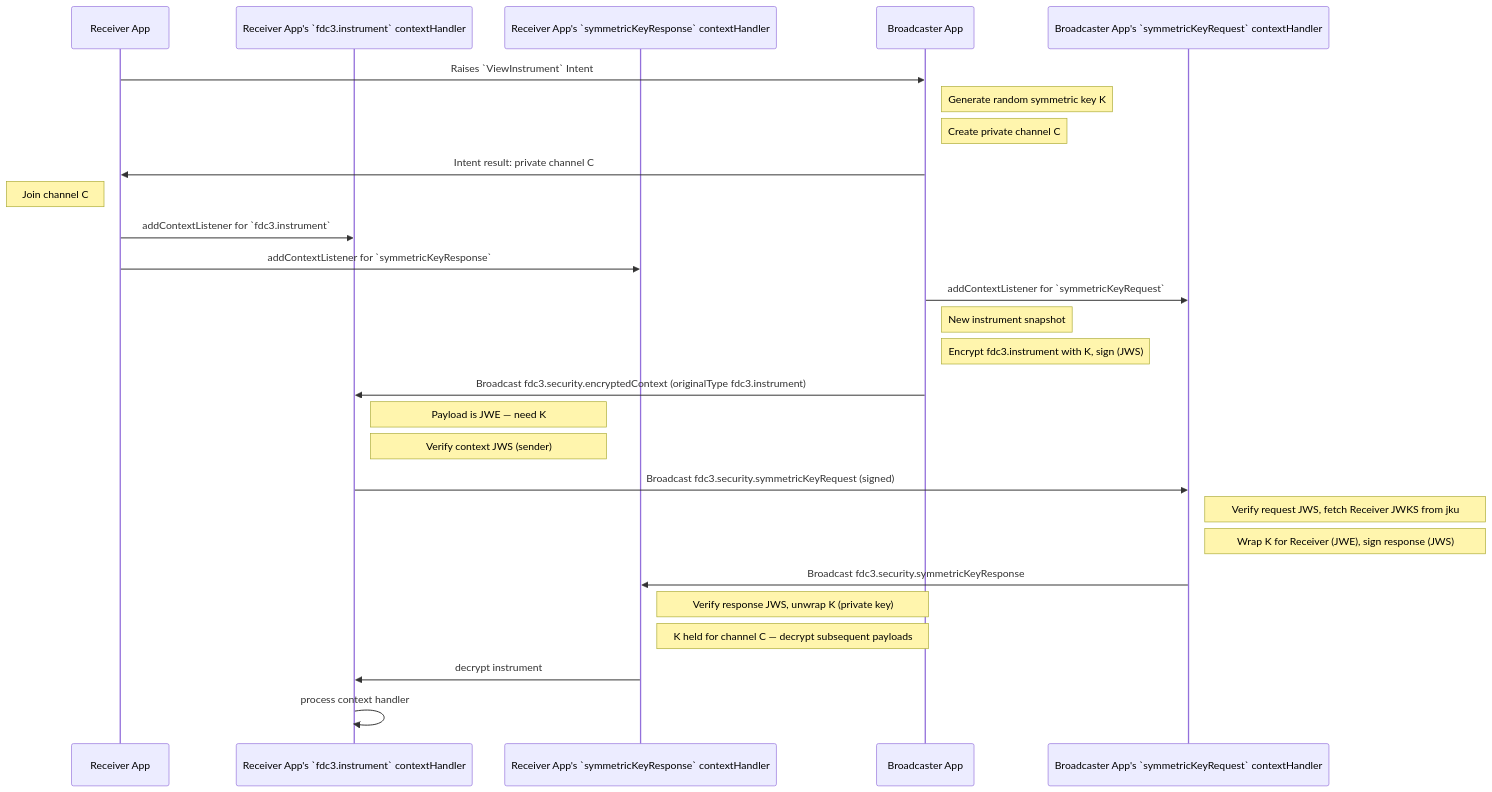
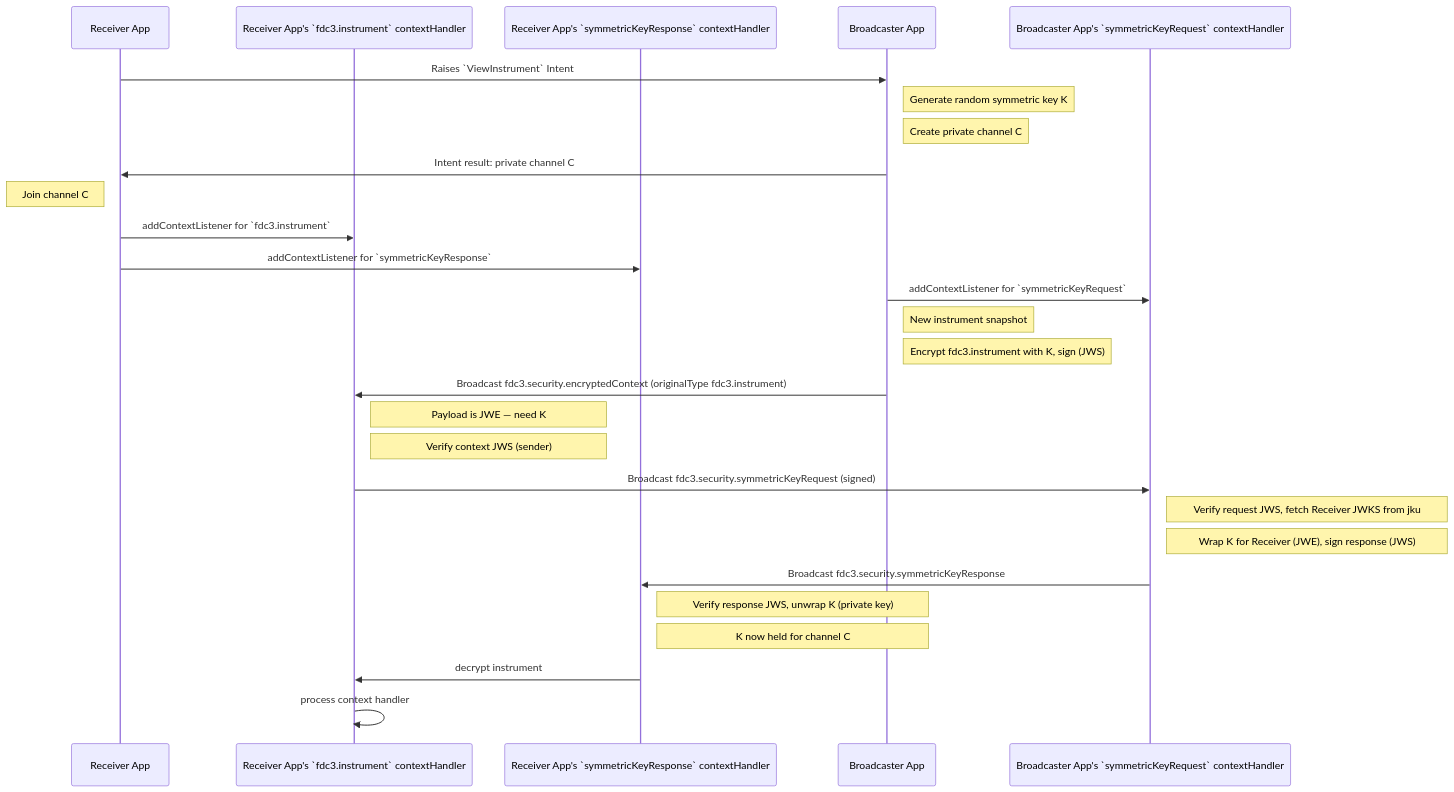
The third of 4 diagrams in website/docs/api/security.md (finos/FDC3), drawn with Mermaid before and after one commit.

Commit message:
removed extra text

````diff
--- a/website/docs/api/security.md
+++ b/website/docs/api/security.md
@@ -299,29 +299,29 @@
 ```mermaid
 sequenceDiagram
     participant Rx as Receiver App
     participant RxCtx as Receiver App's `fdc3.instrument` contextHandler
     participant RxKey as Receiver App's `symmetricKeyResponse` contextHandler
     participant Sx as Broadcaster App
     participant SxReq as Broadcaster App's `symmetricKeyRequest` contextHandler
     Rx->>Sx: Raises `ViewInstrument` Intent
     note right of Sx: Generate random symmetric key K
     note right of Sx: Create private channel C
     Sx->>Rx: Intent result: private channel C
     note left of Rx: Join channel C
     Rx->>RxCtx: addContextListener for `fdc3.instrument`
     Rx->>RxKey: addContextListener for `symmetricKeyResponse`
     Sx->>SxReq: addContextListener for `symmetricKeyRequest`
     note right of Sx: New instrument snapshot
     note right of Sx: Encrypt fdc3.instrument with K, sign (JWS)
     Sx->>RxCtx: Broadcast fdc3.security.encryptedContext (originalType fdc3.instrument)
     note right of RxCtx: Payload is JWE — need K
     note right of RxCtx: Verify context JWS (sender)
     RxCtx->>SxReq: Broadcast fdc3.security.symmetricKeyRequest (signed)
     note right of SxReq: Verify request JWS, fetch Receiver JWKS from jku
     note right of SxReq: Wrap K for Receiver (JWE), sign response (JWS)
     SxReq->>RxKey: Broadcast fdc3.security.symmetricKeyResponse
     note right of RxKey: Verify response JWS, unwrap K (private key)
-    note right of RxKey: K held for channel C — decrypt subsequent payloads
+    note right of RxKey: K now held for channel C
     RxKey->>RxCtx: decrypt instrument
     RxCtx->>RxCtx: process context handler
 ```
````
